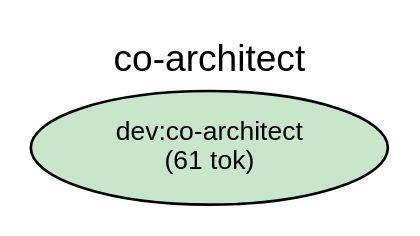
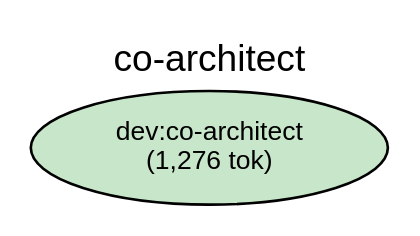
One commit to shuu5/twill changed the diagram in plugins/dev/docs/deps-co-architect.dot. Above: the diagram before and after it, drawn with Graphviz. The commit also changed 35 other files, not shown here.

```diff
--- a/plugins/dev/docs/deps-co-architect.dot
+++ b/plugins/dev/docs/deps-co-architect.dot
@@ -1,37 +1,37 @@
 digraph Dependencies {
     // Graph settings
     rankdir=LR;
     ranksep=0.8;
     nodesep=0.3;
     fontname="Helvetica";
     node [fontname="Helvetica", fontsize=10];
     edge [fontname="Helvetica", fontsize=9];
     label="co-architect";
     labelloc=t;
     fontsize=14;
 
     // L0: Controller Skills
-    skill_co_architect [label="dev:co-architect\n(61 tok)", shape=ellipse, style=filled, fillcolor="#c8e6c9"];
+    skill_co_architect [label="dev:co-architect\n(1,276 tok)", shape=ellipse, style=filled, fillcolor="#c8e6c9"];
 
     // L0: Launchers
 
     // L0.5: Workflow Skills
 
     // Reference Skills
 
     // L1: Direct Commands
 
     // L2: Sub Commands
 
     // L3: Agents
 
     // L3.5: Scripts
 
     // L4: External
 
     // Layer constraints
     { rank=same; skill_co_architect; }
 
     // Edges
 
 }
```
